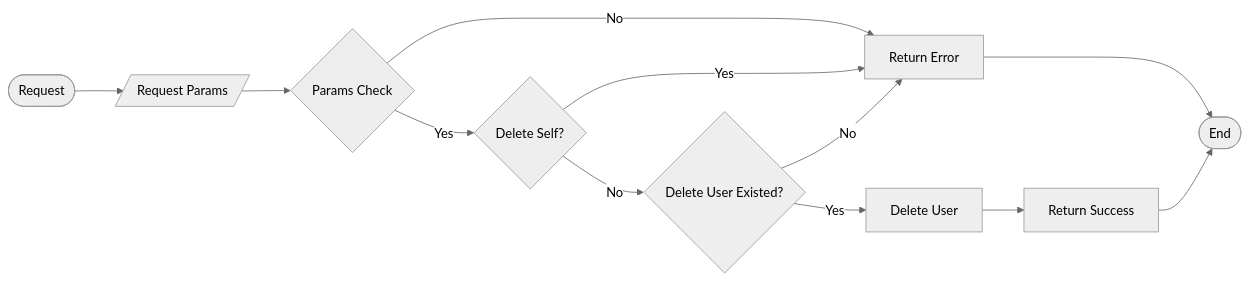
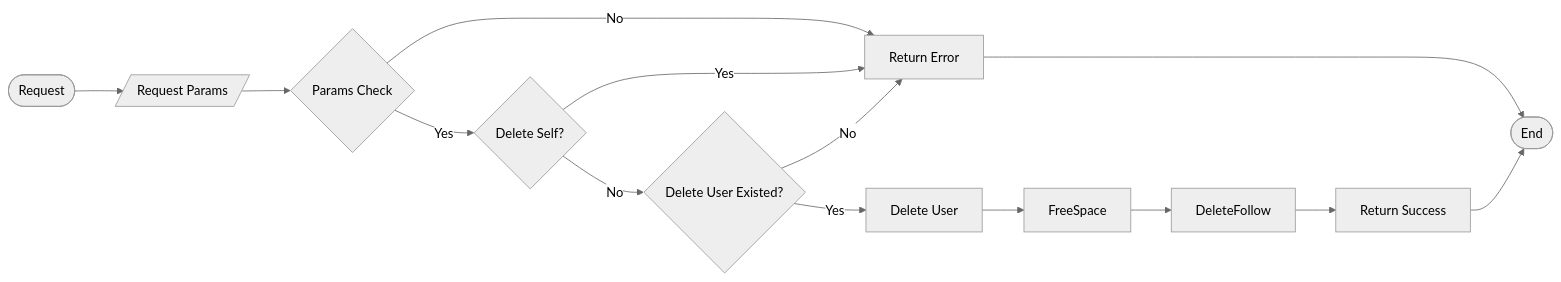
Before and after one commit to XIA1900/SE: the sixth of 10 diagrams in GFBackend/flowcharts/UserManage.md, drawn with Mermaid (neutral theme). The commit also changed other lines of this file and 9 other files, not shown here.

````diff
--- a/GFBackend/flowcharts/UserManage.md
+++ b/GFBackend/flowcharts/UserManage.md
@@ -66,7 +66,7 @@
 ```mermaid
 flowchart LR
 	Start([Request]) --> Params[/Request Params/] --> CheckParams{Params Check} --> |No| Error[Return Error] --> End([End])
 	CheckParams --> |Yes| DeleteSelf{Delete Self?} --> |Yes| Error
 	DeleteSelf --> |No| IsExisted{Delete User Existed?} --> |No| Error
-	IsExisted --> |Yes| DeleteUser[Delete User] --> Success[Return Success] --> End
+	IsExisted --> |Yes| DeleteUser[Delete User] --> FreeSpace --> DeleteFollow --> Success[Return Success] --> End
 ```
````
